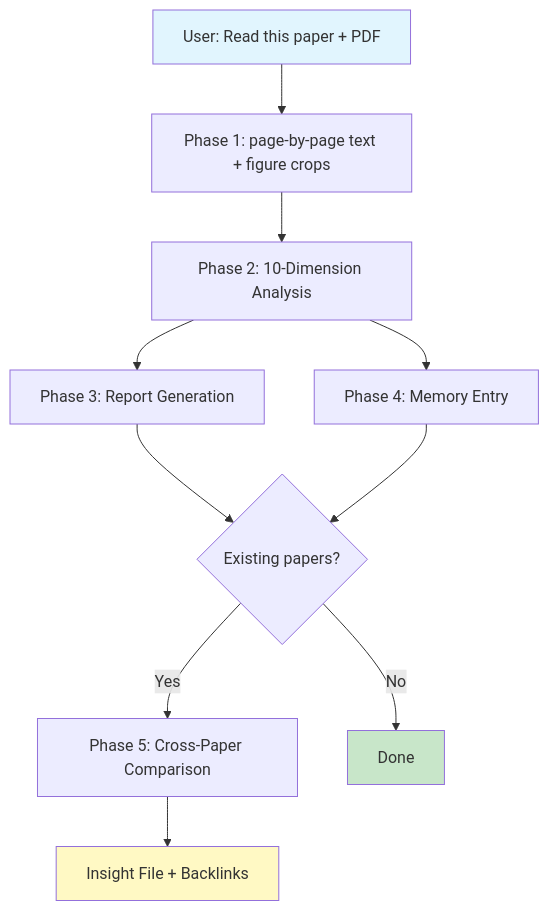
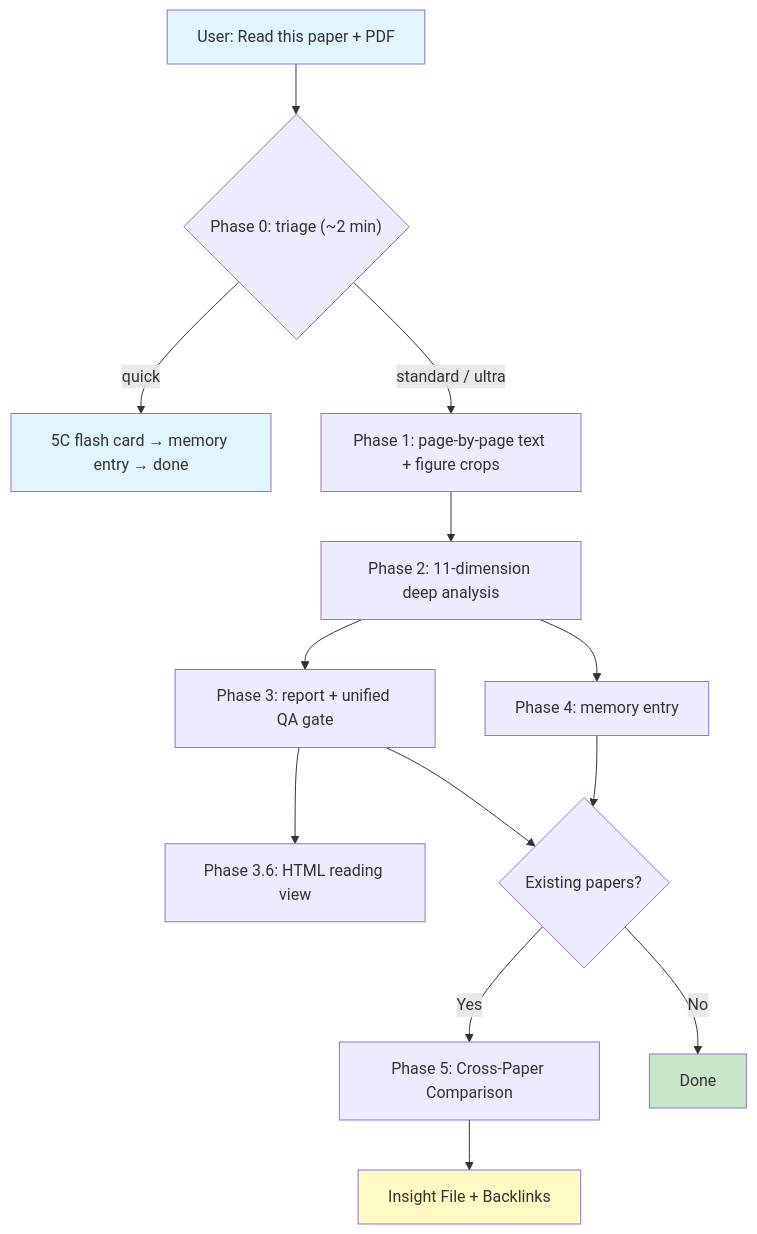
Before and after one commit to huyang51/deep_read_paper_skill: the diagram in README.md, drawn with Mermaid. The commit also changed other lines of this file and 1 other file, not shown here.

First line of the commit message:
docs(readme): 同步实况到 d7f1e98——v2 阅读视图 + KaTeX 三档交付 + 结构与工具表订正

````diff
--- a/README.md
+++ b/README.md
@@ -53,16 +53,20 @@
 ```mermaid
 graph TD
-    A["User: Read this paper + PDF"] --> B["Phase 1: page-by-page text + figure crops"]
-    B --> C["Phase 2: 10-Dimension Analysis"]
-    C --> D["Phase 3: Report Generation"]
-    C --> E["Phase 4: Memory Entry"]
+    A["User: Read this paper + PDF"] --> T{"Phase 0: triage (~2 min)"}
+    T -->|"quick"| Q["5C flash card → memory entry → done"]
+    T -->|"standard / ultra"| B["Phase 1: page-by-page text + figure crops"]
+    B --> C["Phase 2: 11-dimension deep analysis"]
+    C --> D["Phase 3: report + unified QA gate"]
+    C --> E["Phase 4: memory entry"]
+    D --> R["Phase 3.6: HTML reading view"]
     D --> F{"Existing papers?"}
     E --> F
     F -->|"Yes"| G["Phase 5: Cross-Paper Comparison"]
     F -->|"No"| H["Done"]
     G --> I["Insight File + Backlinks"]
 
     style A fill:#e1f5fe
+    style Q fill:#e1f5fe
     style H fill:#c8e6c9
     style I fill:#fff9c4
 ```
````
